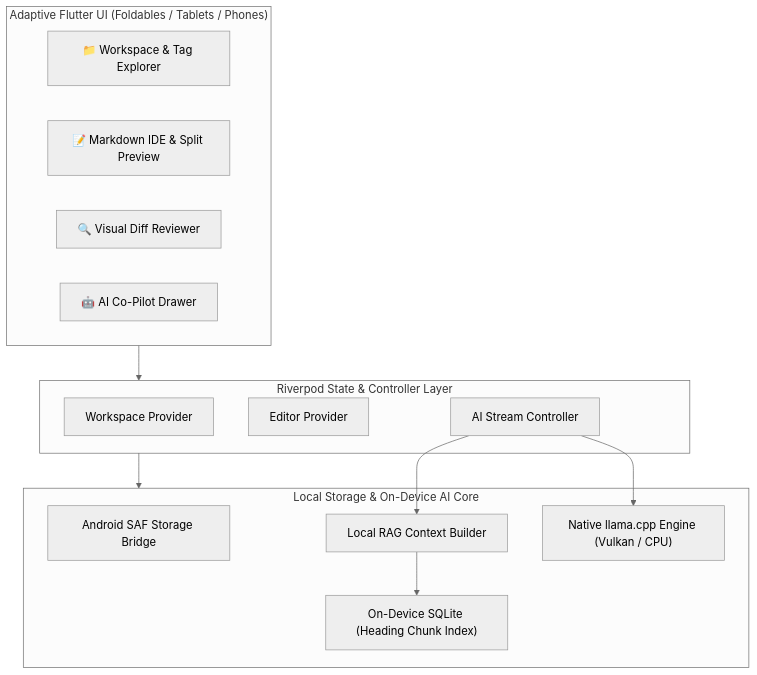
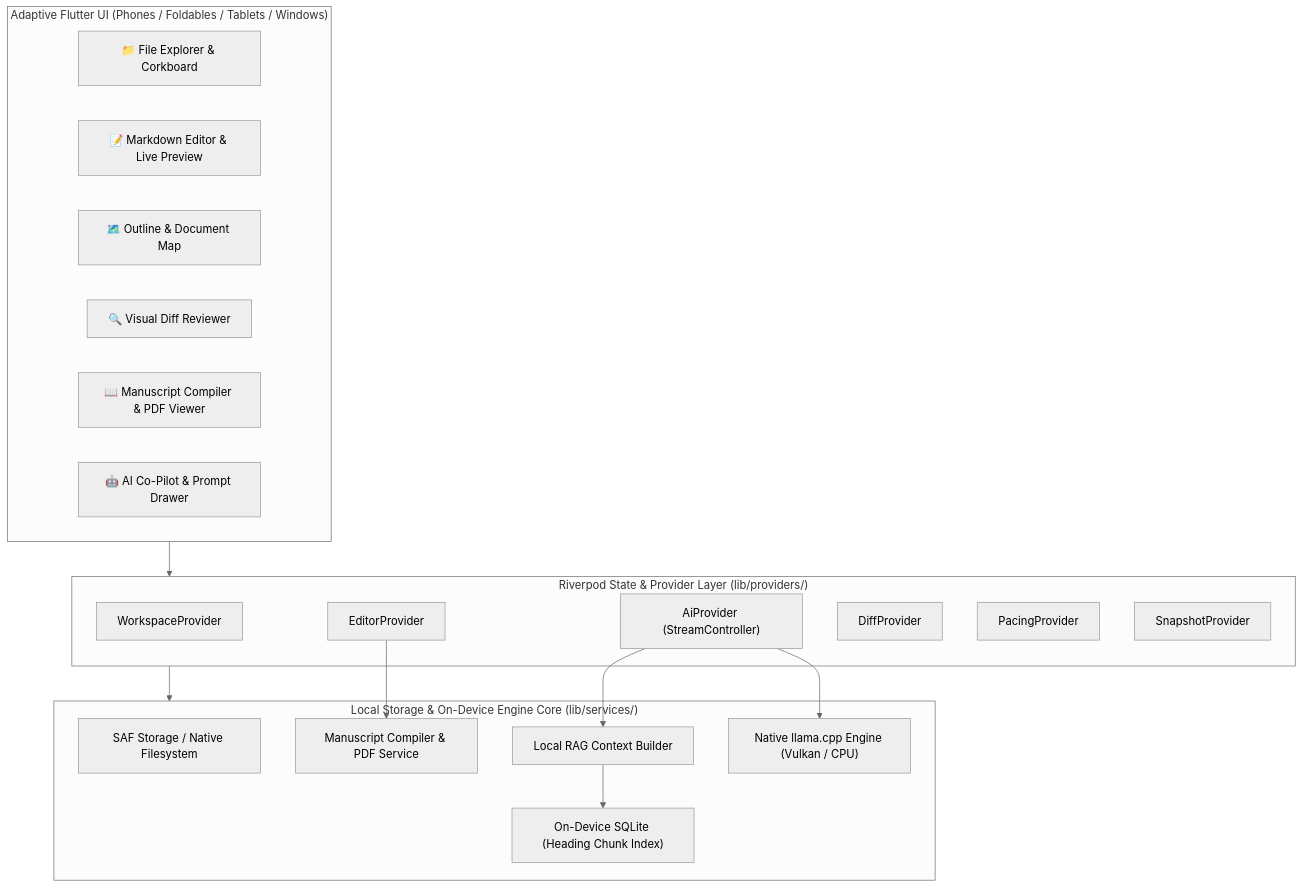
One commit to Herdingnomad/QuillPapyrusAI changed the diagram in README.md. Above: the diagram before and after it, drawn with Mermaid (neutral theme). The commit also changed other lines of this file and 27 other files, not shown here.

````diff
--- a/README.md
+++ b/README.md
@@ -54,28 +57,35 @@
 ```mermaid
 graph TD
-    subgraph UI ["Adaptive Flutter UI (Foldables / Tablets / Phones)"]
-        Sidebar["📁 Workspace & Tag Explorer"]
-        Editor["📝 Markdown IDE & Split Preview"]
+    subgraph UI ["Adaptive Flutter UI (Phones / Foldables / Tablets / Windows)"]
+        FileTree["📁 File Explorer & Corkboard"]
+        Editor["📝 Markdown Editor & Live Preview"]
+        DocMap["🗺️ Outline & Document Map"]
         Diff["🔍 Visual Diff Reviewer"]
-        AICopilot["🤖 AI Co-Pilot Drawer"]
+        Compiler["📖 Manuscript Compiler & PDF Viewer"]
+        AICopilot["🤖 AI Co-Pilot & Prompt Drawer"]
     end
 
-    subgraph State ["Riverpod State & Controller Layer"]
-        WorkspaceProv["Workspace Provider"]
-        EditorProv["Editor Provider"]
-        AIProv["AI Stream Controller"]
+    subgraph State ["Riverpod State & Provider Layer (lib/providers/)"]
+        WorkspaceProv["WorkspaceProvider"]
+        EditorProv["EditorProvider"]
+        AIProv["AiProvider (StreamController)"]
+        DiffProv["DiffProvider"]
+        PacingProv["PacingProvider"]
+        SnapshotProv["SnapshotProvider"]
     end
 
-    subgraph Engine ["Local Storage & On-Device AI Core"]
-        SAF["Android SAF Storage Bridge"]
+    subgraph Engine ["Local Storage & On-Device Engine Core (lib/services/)"]
+        SAF["SAF Storage / Native Filesystem"]
         SQLite["On-Device SQLite (Heading Chunk Index)"]
         RAG["Local RAG Context Builder"]
+        CompilerSvc["Manuscript Compiler & PDF Service"]
         LlamaCPP["Native llama.cpp Engine (Vulkan / CPU)"]
     end
 
     UI --> State
     State --> Engine
     RAG --> SQLite
     AIProv --> RAG
     AIProv --> LlamaCPP
+    EditorProv --> CompilerSvc
 ```
````
